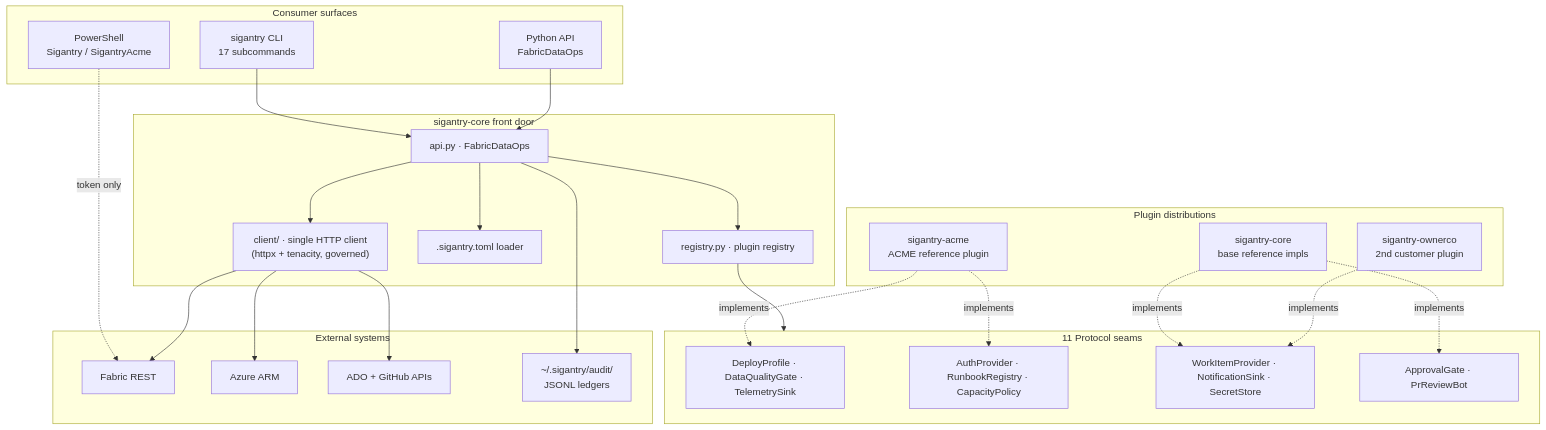
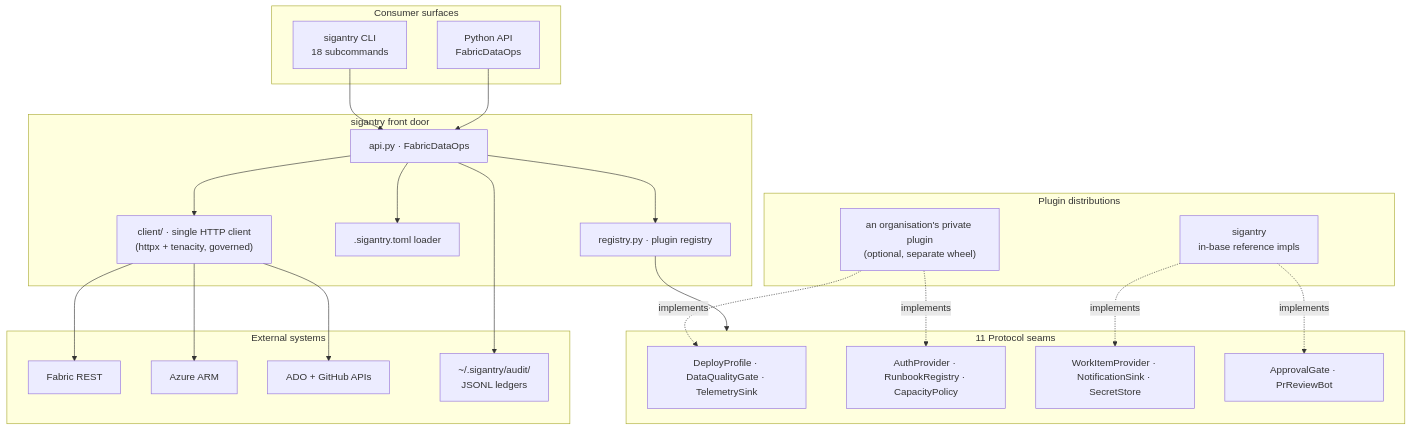
One commit to Bralabee/sigantry changed the first of 9 diagrams in docs/CAPABILITIES.md. Above: the diagram before and after it, drawn with Mermaid. The commit also changed other lines of this file and 20 other files, not shown here.

````diff
--- a/docs/CAPABILITIES.md
+++ b/docs/CAPABILITIES.md
@@ -51,52 +50,48 @@
 ```mermaid
 flowchart TB
     subgraph CONS["Consumer surfaces"]
-        CLI["sigantry CLI<br/>17 subcommands"]
+        CLI["sigantry CLI<br/>18 subcommands"]
         PYAPI["Python API<br/>FabricDataOps"]
-        PWSH["PowerShell<br/>Sigantry / SigantryAcme"]
     end
 
-    subgraph CORE["sigantry-core front door"]
+    subgraph CORE["sigantry front door"]
         API["api.py · FabricDataOps"]
         REGISTRY["registry.py · plugin registry"]
         CONFIG[".sigantry.toml loader"]
         CLIENT["client/ · single HTTP client<br/>(httpx + tenacity, governed)"]
     end
 
     subgraph SEAMS["11 Protocol seams"]
         S1["DeployProfile · DataQualityGate · TelemetrySink"]
         S2["AuthProvider · RunbookRegistry · CapacityPolicy"]
         S3["WorkItemProvider · NotificationSink · SecretStore"]
         S4["ApprovalGate · PrReviewBot"]
     end
 
     subgraph PLUGINS["Plugin distributions"]
-        BASE["sigantry-core<br/>base reference impls"]
-        ACME["sigantry-acme<br/>ACME reference plugin"]
-        OWNERCO["sigantry-ownerco<br/>2nd customer plugin"]
+        BASE["sigantry<br/>in-base reference impls"]
+        ORG["an organisation's private plugin<br/>(optional, separate wheel)"]
     end
 
     subgraph EXT["External systems"]
         FAB["Fabric REST"]
         ARM["Azure ARM"]
         GIT["ADO + GitHub APIs"]
         AUDIT["~/.sigantry/audit/<br/>JSONL ledgers"]
     end
 
     CLI --> API
     PYAPI --> API
-    PWSH -. token only .-> FAB
     API --> REGISTRY
     API --> CLIENT
     API --> CONFIG
     REGISTRY --> SEAMS
     BASE -. implements .-> S3
     BASE -. implements .-> S4
-    ACME -. implements .-> S1
-    ACME -. implements .-> S2
-    OWNERCO -. implements .-> S3
+    ORG -. implements .-> S1
+    ORG -. implements .-> S2
     CLIENT --> FAB
     CLIENT --> ARM
     CLIENT --> GIT
     API --> AUDIT
 ```
````
